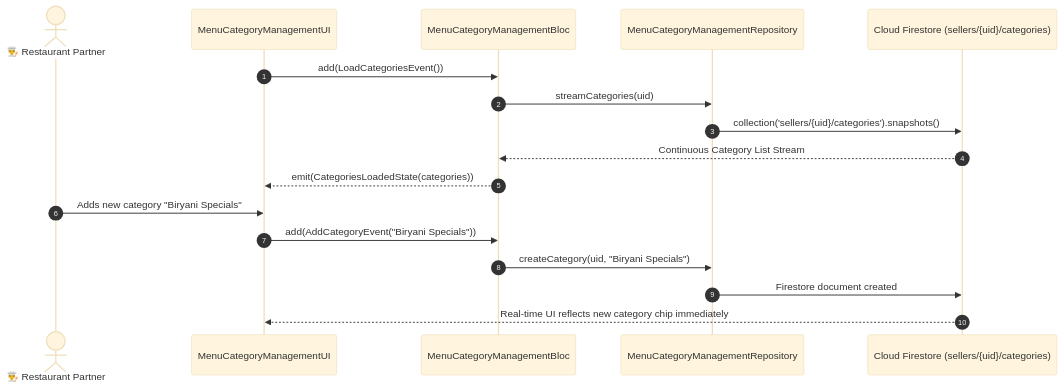
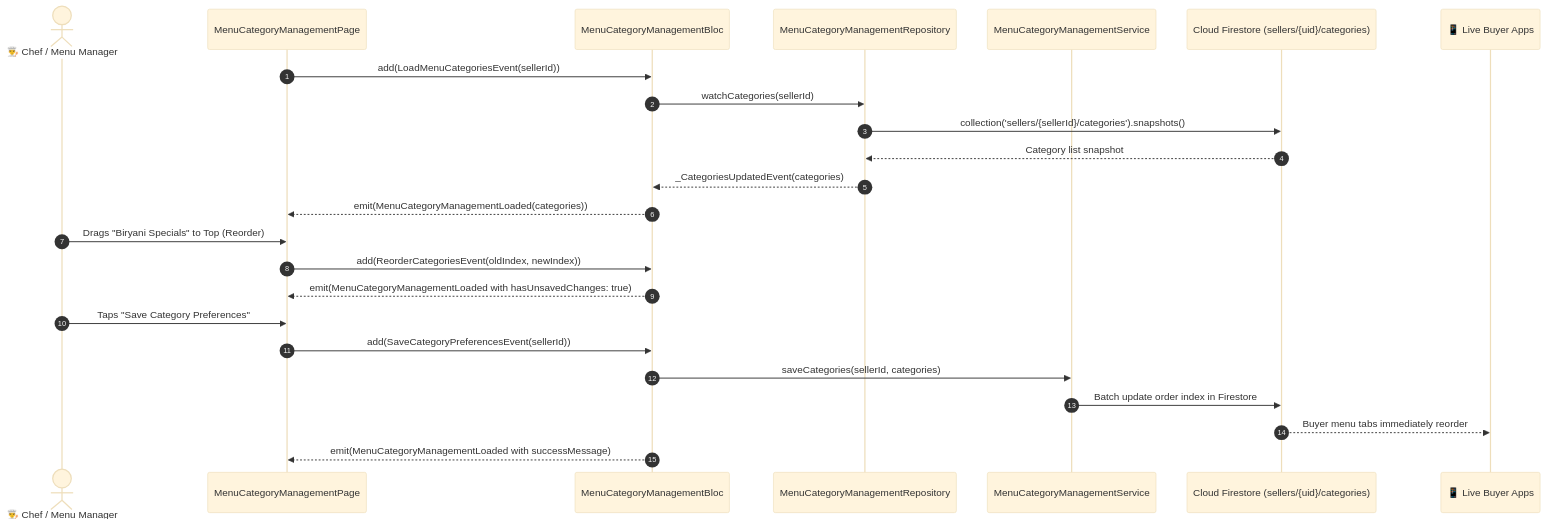
Before and after one commit to SRIKUMAR10/food_delivery_app: the diagram in .md_files/04_Seller_Human_Journey_And_Testing/04_Catalog_Menu_And_Inventory/12_MENU_CATEGORY_MANAGEMENT_PAGE.md, drawn with Mermaid (base theme). The commit also changed other lines of this file and 204 other files, not shown here.

````diff
--- a/.md_files/04_Seller_Human_Journey_And_Testing/04_Catalog_Menu_And_Inventory/12_MENU_CATEGORY_MANAGEMENT_PAGE.md
+++ b/.md_files/04_Seller_Human_Journey_And_Testing/04_Catalog_Menu_And_Inventory/12_MENU_CATEGORY_MANAGEMENT_PAGE.md
@@ -16,20 +16,27 @@
 ```mermaid
 sequenceDiagram
     autonumber
-    actor Seller as 👨‍🍳 Restaurant Partner
-    participant UI as MenuCategoryManagementUI
+    actor Seller as 👨‍🍳 Chef / Menu Manager
+    participant UI as MenuCategoryManagementPage
     participant Bloc as MenuCategoryManagementBloc
     participant Repo as MenuCategoryManagementRepository
+    participant Service as MenuCategoryManagementService
     participant FS as Cloud Firestore (sellers/{uid}/categories)
+    participant BuyerApp as 📱 Live Buyer Apps
 
-    UI->>Bloc: add(LoadCategoriesEvent())
-    Bloc->>Repo: streamCategories(uid)
-    Repo->>FS: collection('sellers/{uid}/categories').snapshots()
-    FS-->>Bloc: Continuous Category List Stream
-    Bloc-->>UI: emit(CategoriesLoadedState(categories))
-    Seller->>UI: Adds new category "Biryani Specials"
-    UI->>Bloc: add(AddCategoryEvent("Biryani Specials"))
-    Bloc->>Repo: createCategory(uid, "Biryani Specials")
-    Repo->>FS: Firestore document created
-    FS-->>UI: Real-time UI reflects new category chip immediately
+    UI->>Bloc: add(LoadMenuCategoriesEvent(sellerId))
+    Bloc->>Repo: watchCategories(sellerId)
+    Repo->>FS: collection('sellers/{sellerId}/categories').snapshots()
+    FS-->>Repo: Category list snapshot
+    Repo-->>Bloc: _CategoriesUpdatedEvent(categories)
+    Bloc-->>UI: emit(MenuCategoryManagementLoaded(categories))
+    Seller->>UI: Drags "Biryani Specials" to Top (Reorder)
+    UI->>Bloc: add(ReorderCategoriesEvent(oldIndex, newIndex))
+    Bloc-->>UI: emit(MenuCategoryManagementLoaded with hasUnsavedChanges: true)
+    Seller->>UI: Taps "Save Category Preferences"
+    UI->>Bloc: add(SaveCategoryPreferencesEvent(sellerId))
+    Bloc->>Service: saveCategories(sellerId, categories)
+    Service->>FS: Batch update order index in Firestore
+    FS-->>BuyerApp: Buyer menu tabs immediately reorder
+    Bloc-->>UI: emit(MenuCategoryManagementLoaded with successMessage)
 ```
````
